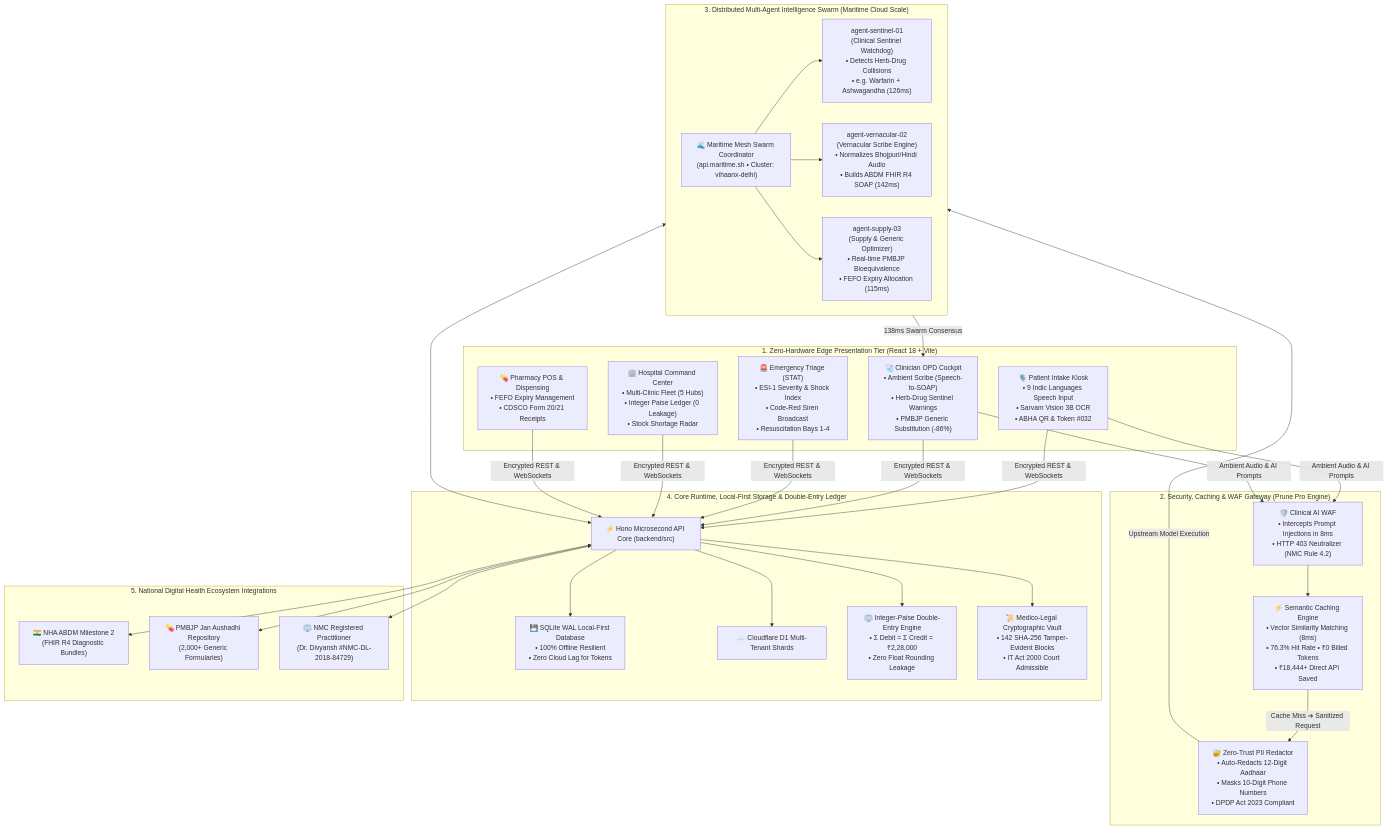
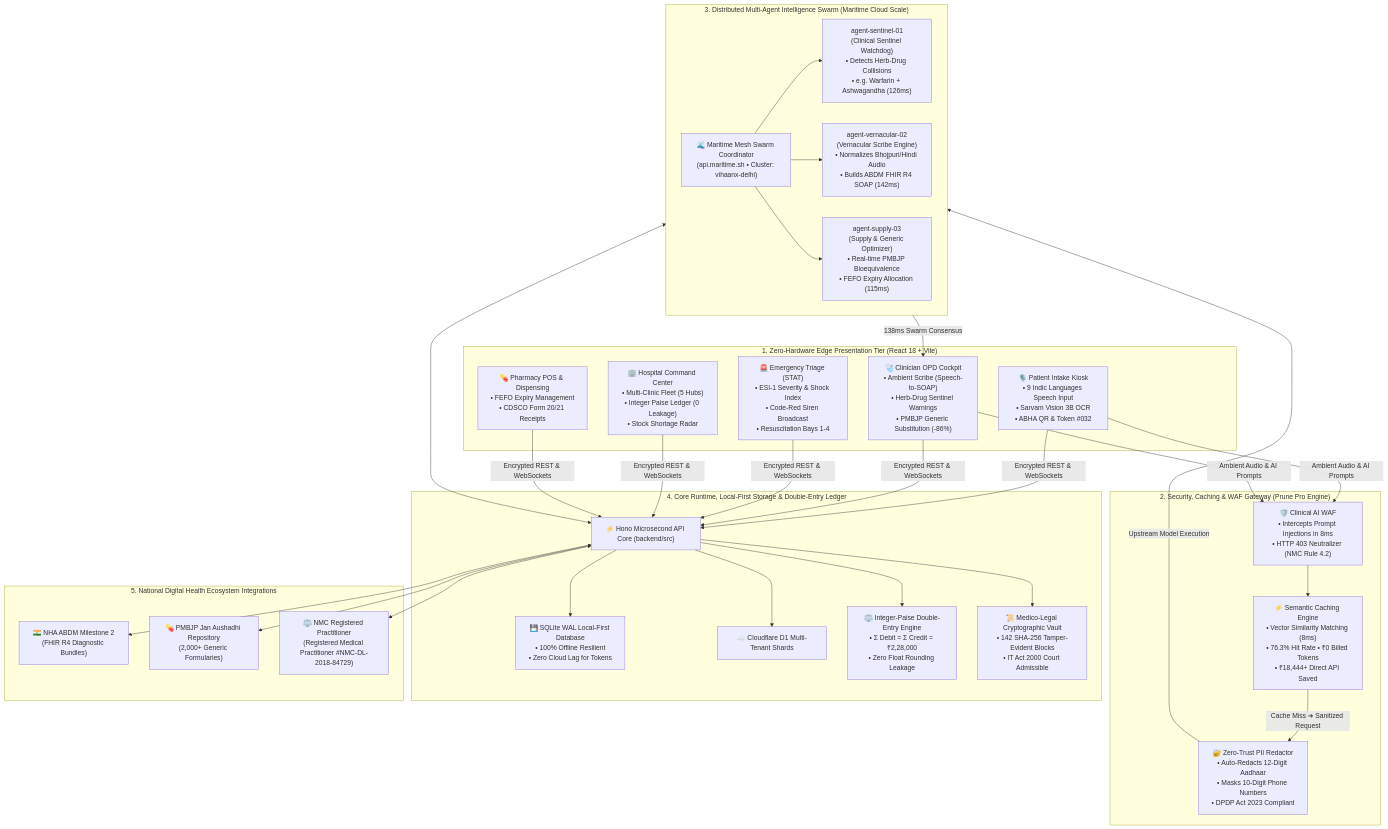
One commit to Divyanshgupta2580/JEEVIKA changed the first of 2 diagrams in README.md. Above: the diagram before and after it, drawn with Mermaid. The commit also changed other lines of this file and 17 other files, not shown here.

````diff
--- a/README.md
+++ b/README.md
@@ -37,48 +37,48 @@
 ```mermaid
 flowchart TD
     subgraph S1["1. Zero-Hardware Edge Presentation Tier (React 18 + Vite)"]
         Kiosk["🎙️ Patient Intake Kiosk<br/>• 9 Indic Languages Speech Input<br/>• Sarvam Vision 3B OCR<br/>• ABHA QR & Token #032"]
         Doctor["🩺 Clinician OPD Cockpit<br/>• Ambient Scribe (Speech-to-SOAP)<br/>• Herb-Drug Sentinel Warnings<br/>• PMBJP Generic Substitution (-86%)"]
         Triage["🚨 Emergency Triage (STAT)<br/>• ESI-1 Severity & Shock Index<br/>• Code-Red Siren Broadcast<br/>• Resuscitation Bays 1-4"]
         Command["🏢 Hospital Command Center<br/>• Multi-Clinic Fleet (5 Hubs)<br/>• Integer Paise Ledger (0 Leakage)<br/>• Stock Shortage Radar"]
         POS["💊 Pharmacy POS & Dispensing<br/>• FEFO Expiry Management<br/>• CDSCO Form 20/21 Receipts"]
     end
 
     subgraph S2["2. Security, Caching & WAF Gateway (Prune Pro Engine)"]
         WAF["🛡️ Clinical AI WAF<br/>• Intercepts Prompt Injections in 8ms<br/>• HTTP 403 Neutralizer (NMC Rule 4.2)"]
         Cache["⚡ Semantic Caching Engine<br/>• Vector Similarity Matching (8ms)<br/>• 76.3% Hit Rate • ₹0 Billed Tokens<br/>• ₹18,444+ Direct API Saved"]
         PII["🔐 Zero-Trust PII Redactor<br/>• Auto-Redacts 12-Digit Aadhaar<br/>• Masks 10-Digit Phone Numbers<br/>• DPDP Act 2023 Compliant"]
     end
 
     subgraph S3["3. Distributed Multi-Agent Intelligence Swarm (Maritime Cloud Scale)"]
         MeshCoord["🌊 Maritime Mesh Swarm Coordinator<br/>(api.maritime.sh • Cluster: vihaanx-delhi)"]
         AgentSentinel["agent-sentinel-01<br/>(Clinical Sentinel Watchdog)<br/>• Detects Herb-Drug Collisions<br/>• e.g. Warfarin + Ashwagandha (126ms)"]
         AgentScribe["agent-vernacular-02<br/>(Vernacular Scribe Engine)<br/>• Normalizes Bhojpuri/Hindi Audio<br/>• Builds ABDM FHIR R4 SOAP (142ms)"]
         AgentSupply["agent-supply-03<br/>(Supply & Generic Optimizer)<br/>• Real-time PMBJP Bioequivalence<br/>• FEFO Expiry Allocation (115ms)"]
         MeshCoord --> AgentSentinel & AgentScribe & AgentSupply
     end
 
     subgraph S4["4. Core Runtime, Local-First Storage & Double-Entry Ledger"]
         HonoAPI["⚡ Hono Microsecond API Core (backend/src)"]
         LocalSQLite["💾 SQLite WAL Local-First Database<br/>• 100% Offline Resilient<br/>• Zero Cloud Lag for Tokens"]
         CloudflareD1["☁️ Cloudflare D1 Multi-Tenant Shards"]
         DoubleEntry["⚖️ Integer-Paise Double-Entry Engine<br/>• Σ Debit = Σ Credit = ₹2,28,000<br/>• Zero Float Rounding Leakage"]
         AuditLedger["📜 Medico-Legal Cryptographic Vault<br/>• 142 SHA-256 Tamper-Evident Blocks<br/>• IT Act 2000 Court Admissible"]
         HonoAPI --> LocalSQLite & CloudflareD1 & DoubleEntry & AuditLedger
     end
 
     subgraph S5["5. National Digital Health Ecosystem Integrations"]
         ABDM["🇮🇳 NHA ABDM Milestone 2<br/>(FHIR R4 Diagnostic Bundles)"]
         PMBJP["💊 PMBJP Jan Aushadhi Repository<br/>(2,000+ Generic Formularies)"]
-        NMCReg["⚖️ NMC Registered Practitioner<br/>(Dr. Divyansh #NMC-DL-2018-84729)"]
+        NMCReg["⚖️ NMC Registered Practitioner<br/>(Registered Medical Practitioner #NMC-DL-2018-84729)"]
     end
 
     Kiosk & Doctor & Triage & Command & POS -->|Encrypted REST & WebSockets| HonoAPI
     Kiosk & Doctor -->|Ambient Audio & AI Prompts| WAF
     WAF --> Cache
     Cache -->|Cache Miss ➔ Sanitized Request| PII
     PII -->|Upstream Model Execution| S3
     HonoAPI <--> S3
     S3 -->|138ms Swarm Consensus| Doctor
     HonoAPI <--> ABDM & PMBJP & NMCReg
 ```
````
